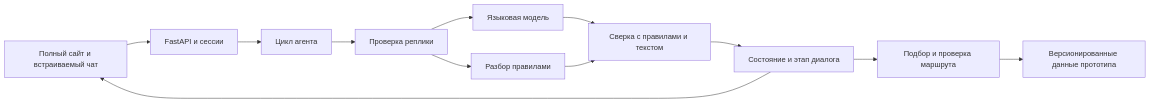
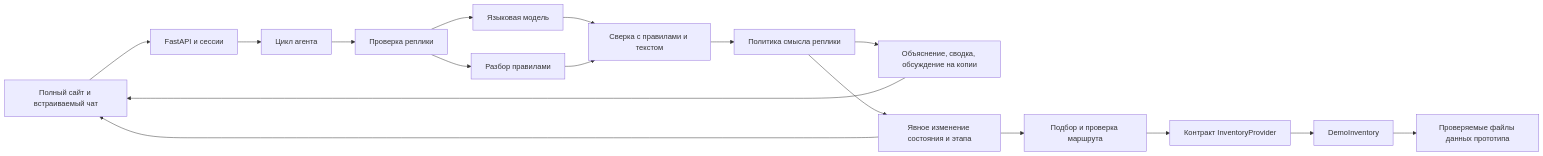
One commit to drkokorev/o-hack changed the diagram in docs/02_architecture.md. Above: the diagram before and after it, drawn with Mermaid. The commit also changed other lines of this file and 13 other files, not shown here.

Commit message:
Record dialogue architecture review and synthetic/browser evidence

````diff
--- a/docs/02_architecture.md
+++ b/docs/02_architecture.md
@@ -5,14 +5,19 @@
 ```mermaid
 flowchart LR
     UI[Полный сайт и встраиваемый чат] --> API[FastAPI и сессии]
     API --> Agent[Цикл агента]
     Agent --> Guard[Проверка реплики]
     Guard --> LLM[Языковая модель]
     Guard --> Rules[Разбор правилами]
     LLM --> Arbiter[Сверка с правилами и текстом]
     Rules --> Arbiter
-    Arbiter --> Domain[Состояние и этап диалога]
+    Arbiter --> Policy[Политика смысла реплики]
+    Policy --> ReadOnly[Объяснение, сводка, обсуждение на копии]
+    Policy --> Domain[Явное изменение состояния и этапа]
     Domain --> Planner[Подбор и проверка маршрута]
-    Planner --> Data[Версионированные данные прототипа]
+    Planner --> Port[Контракт InventoryProvider]
+    Port --> Demo[DemoInventory]
+    Demo --> Data[Проверяемые файлы данных прототипа]
+    ReadOnly --> UI
     Domain --> UI
 ```
````
